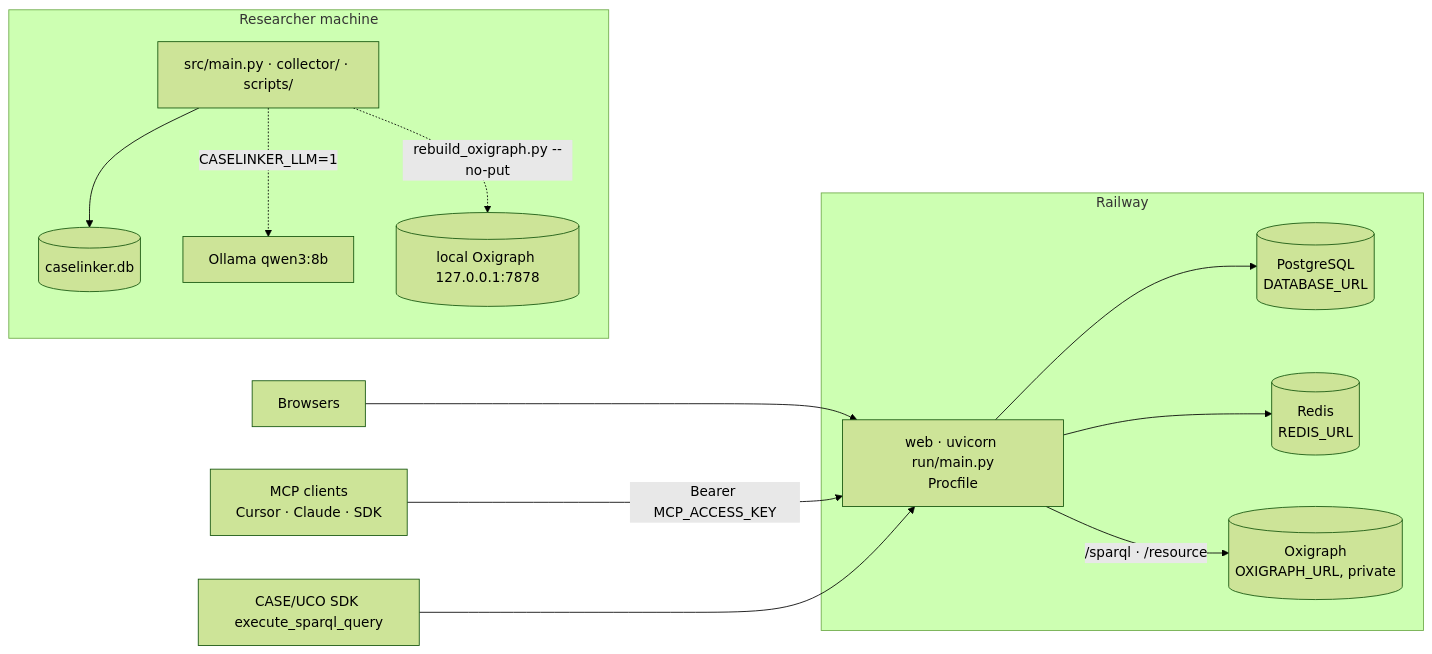
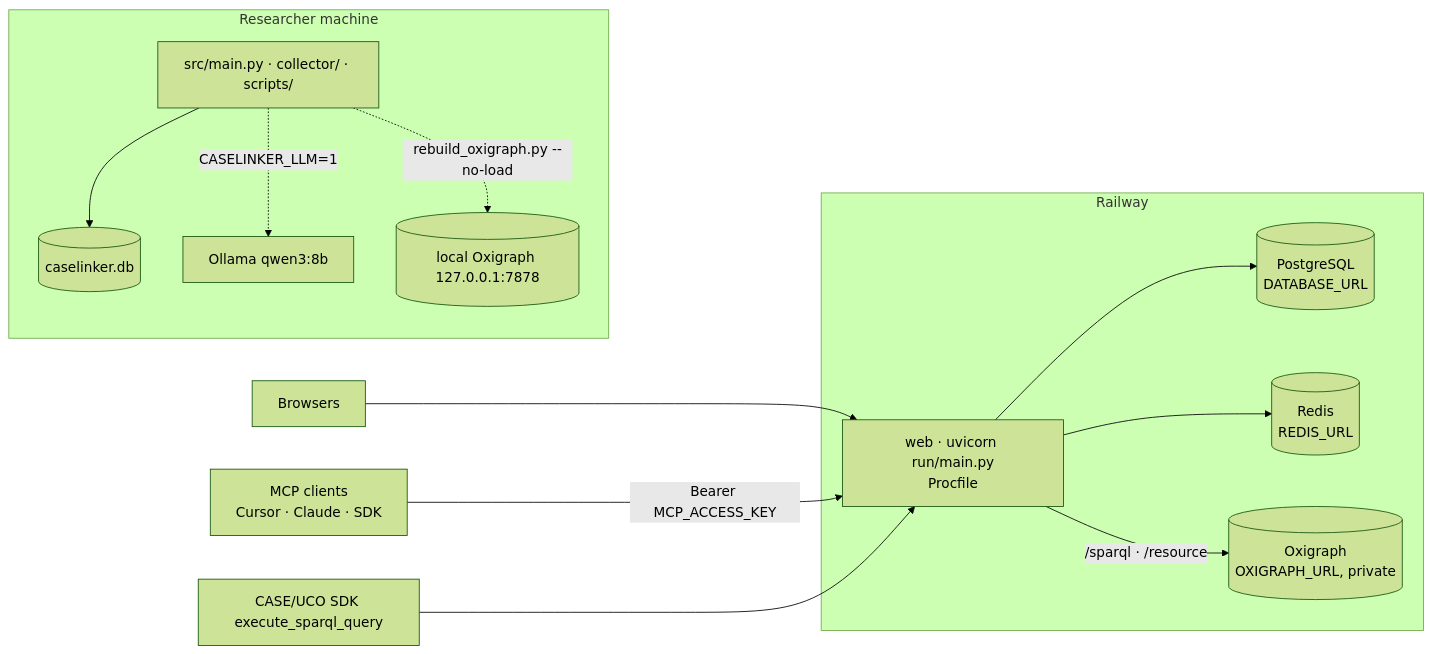
The sixth of 6 diagrams in ARCHITECTURE.md (mrinaalr/CaseLinker), drawn with Mermaid (forest theme) before and after one commit. The commit also changed other lines of this file and 44731 other files, not shown here.

Commit message:
patch graph links, evidence, age spans and store reload (#72, #74, #82, #83, #84, #86)

````diff
--- a/ARCHITECTURE.md
+++ b/ARCHITECTURE.md
@@ -498,24 +498,24 @@
 ```mermaid
 flowchart LR
   B["Browsers"] --> WEB
   AG["MCP clients<br/>Cursor · Claude · SDK"] -->|"Bearer MCP_ACCESS_KEY"| WEB
   SDK["CASE/UCO SDK execute_sparql_query"] --> WEB
   subgraph RAIL["Railway"]
     WEB["web · uvicorn run/main.py<br/>Procfile"]
     PG[("PostgreSQL<br/>DATABASE_URL")]
     RD[("Redis<br/>REDIS_URL")]
     OXI[("Oxigraph<br/>OXIGRAPH_URL, private")]
   end
   WEB --> PG
   WEB --> RD
   WEB -->|"/sparql · /resource"| OXI
   subgraph LOCAL["Researcher machine"]
     SQ[("caselinker.db")]
     LOX[("local Oxigraph 127.0.0.1:7878")]
     OL["Ollama qwen3:8b"]
     CLI["src/main.py · collector/ · scripts/"]
   end
   CLI --> SQ
   CLI -.->|"CASELINKER_LLM=1"| OL
-  CLI -.->|"rebuild_oxigraph.py --no-put"| LOX
+  CLI -.->|"rebuild_oxigraph.py --no-load"| LOX
 ```
````
